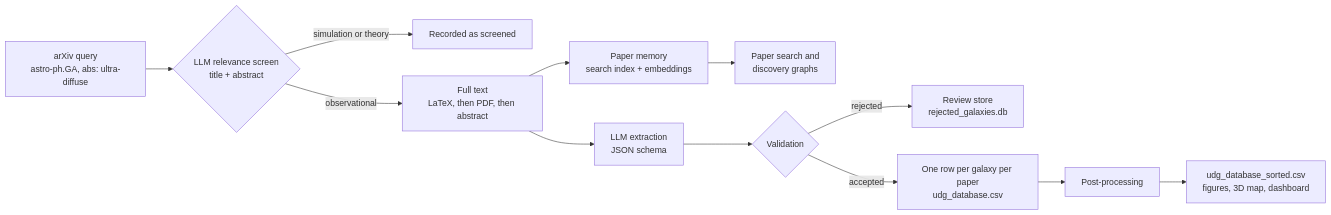
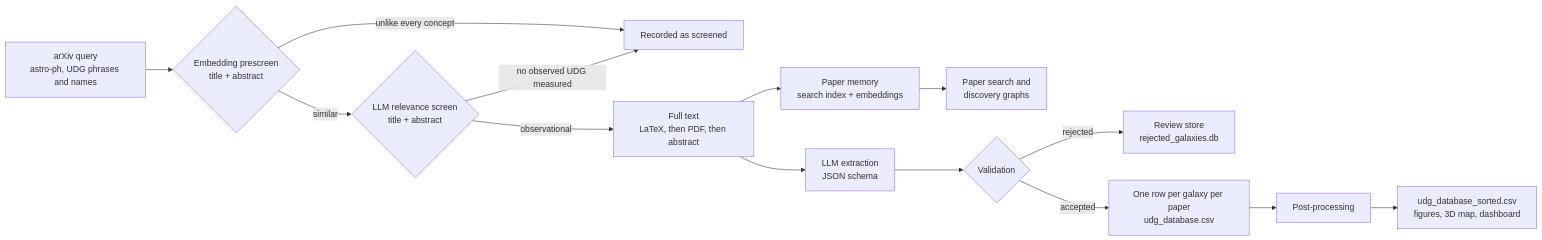
One commit to xueromll/udg-catalogue changed the diagram in README.md. Above: the diagram before and after it, drawn with Mermaid. The commit also changed other lines of this file and 8 other files, not shown here.

````diff
--- a/README.md
+++ b/README.md
@@ -85,14 +85,16 @@
 ```mermaid
 flowchart LR
-    A["arXiv query<br/>astro-ph.GA, abs: ultra-diffuse"] --> B{"LLM relevance screen<br/>title + abstract"}
-    B -- "simulation or theory" --> X["Recorded as screened"]
+    A["arXiv query<br/>astro-ph, UDG phrases and names"] --> P{"Embedding prescreen<br/>title + abstract"}
+    P -- "unlike every concept" --> X
+    P -- "similar" --> B{"LLM relevance screen<br/>title + abstract"}
+    B -- "no observed UDG measured" --> X["Recorded as screened"]
     B -- "observational" --> C["Full text<br/>LaTeX, then PDF, then abstract"]
     C --> M["Paper memory<br/>search index + embeddings"]
     M --> S["Paper search and<br/>discovery graphs"]
     C --> D["LLM extraction<br/>JSON schema"]
     D --> E{"Validation"}
     E -- "rejected" --> R["Review store<br/>rejected_galaxies.db"]
     E -- "accepted" --> F["One row per galaxy per paper<br/>udg_database.csv"]
     F --> G["Post-processing"]
     G --> H["udg_database_sorted.csv<br/>figures, 3D map, dashboard"]
 ```
````
